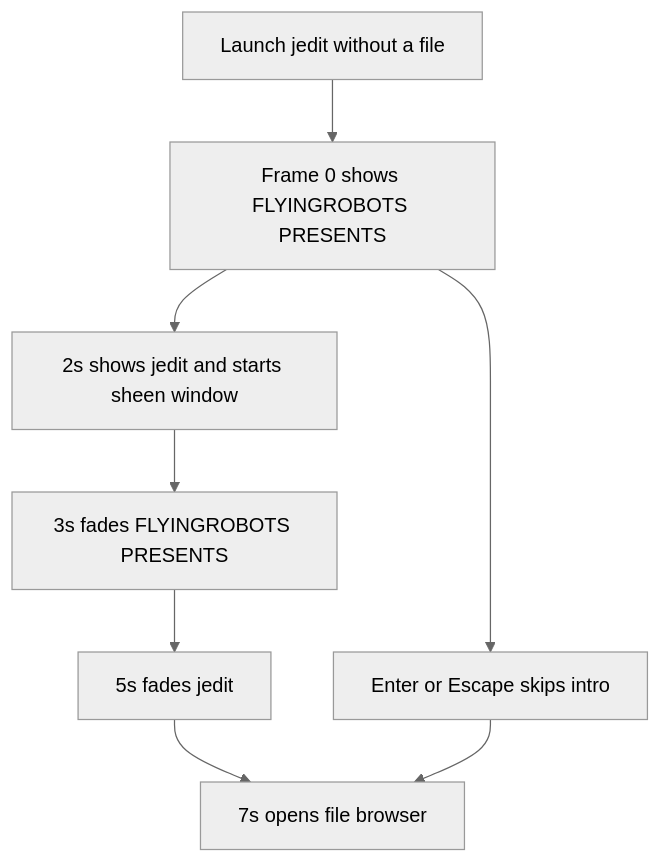
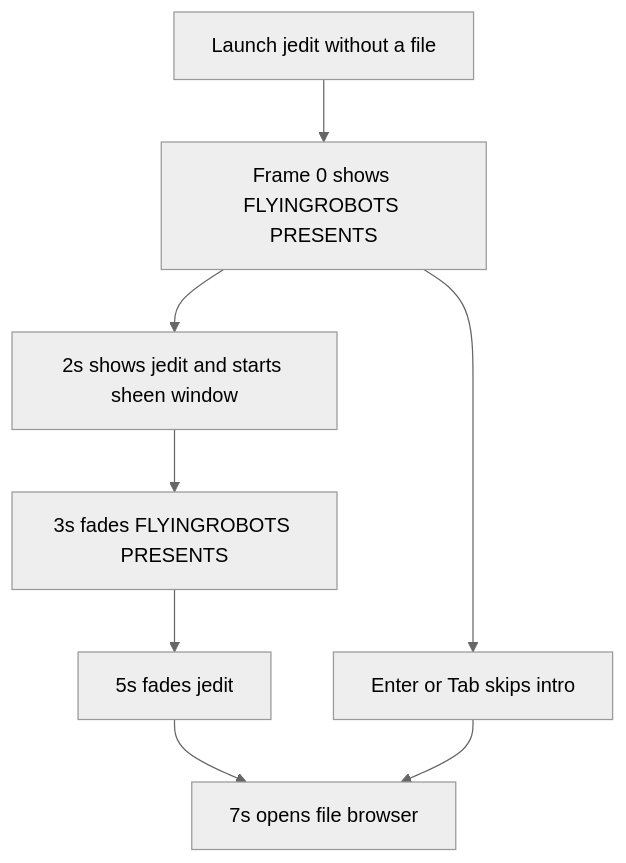
Before and after one commit to flyingrobots/jedit: the first of 2 diagrams in docs/design/0037-title-intro-fade-before-modal.md, drawn with Mermaid (neutral theme). The commit also changed other lines of this file and 20 other files, not shown here.

````diff
--- a/docs/design/0037-title-intro-fade-before-modal.md
+++ b/docs/design/0037-title-intro-fade-before-modal.md
@@ -114,10 +115,10 @@
 ```mermaid
 flowchart TD
   Start[Launch jedit without a file] --> Present[Frame 0 shows FLYINGROBOTS PRESENTS]
   Present --> Logo[2s shows jedit and starts sheen window]
   Logo --> SponsorFade[3s fades FLYINGROBOTS PRESENTS]
   SponsorFade --> TitleFade[5s fades jedit]
   TitleFade --> Drawer[7s opens file browser]
-  Present --> Skip[Enter or Escape skips intro]
+  Present --> Skip[Enter or Tab skips intro]
   Skip --> Drawer
 ```
````
